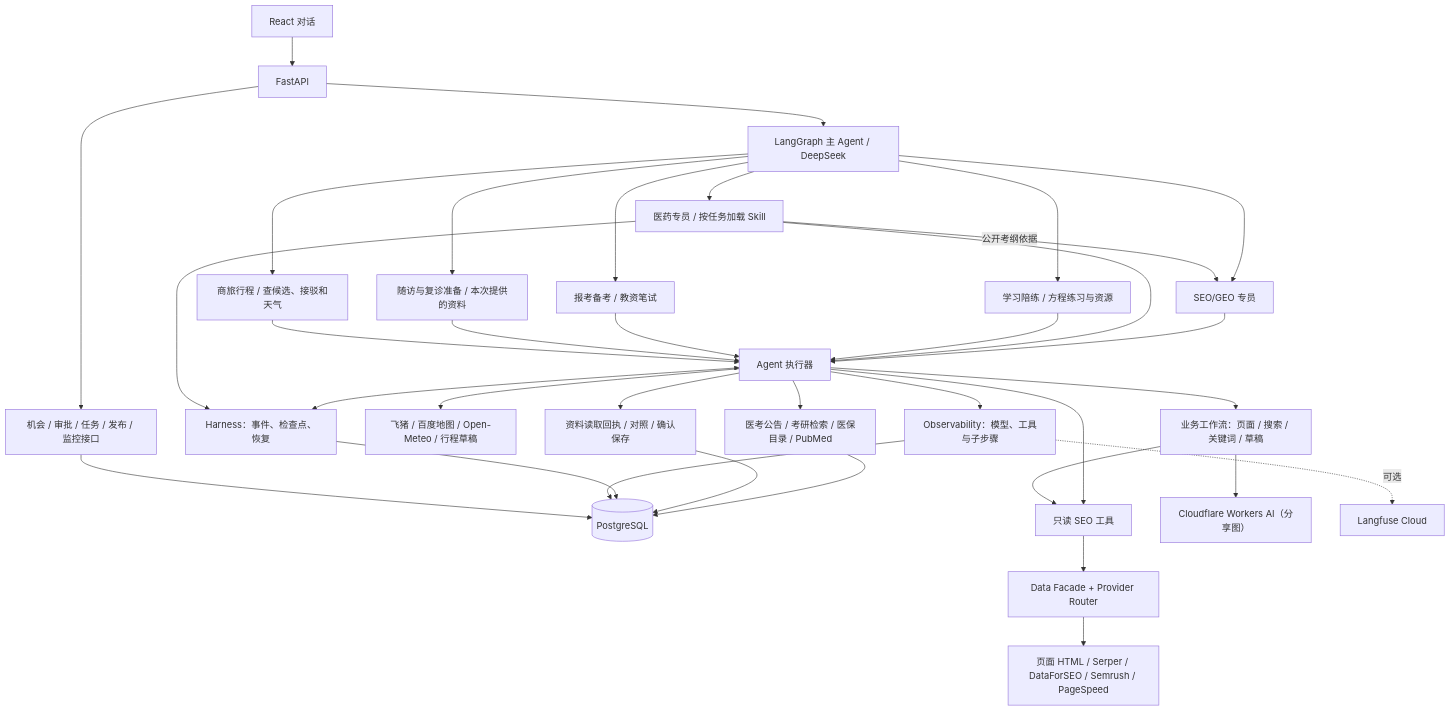
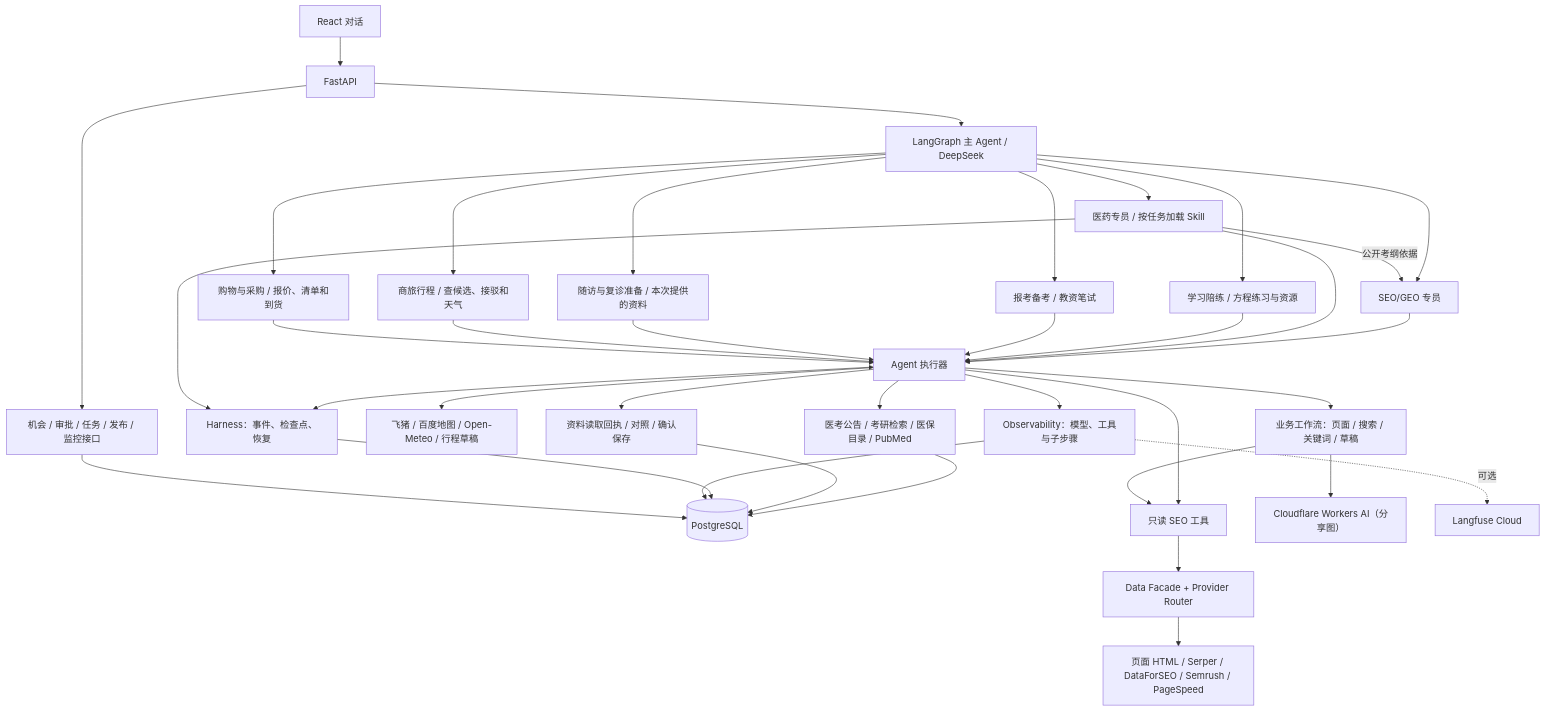
One commit to cheng-sir-0038/seo-diagnosis-agent changed the second of 3 diagrams in README.md. Above: the diagram before and after it, drawn with Mermaid. The commit also changed other lines of this file and 22 other files, not shown here.

````diff
--- a/README.md
+++ b/README.md
@@ -62,37 +63,39 @@
 ```mermaid
 flowchart TB
     UI["React 对话"] --> API["FastAPI"]
     API --> MAIN["LangGraph 主 Agent / DeepSeek"]
     MAIN --> MED["医药专员 / 按任务加载 Skill"]
     MAIN --> SEO["SEO/GEO 专员"]
     MAIN --> LEARN["学习陪练 / 方程练习与资源"]
     MAIN --> EXAM["报考备考 / 教资笔试"]
     MAIN --> VISIT["随访与复诊准备 / 本次提供的资料"]
     MAIN --> TRAVEL["商旅行程 / 查候选、接驳和天气"]
+    MAIN --> PROCUREMENT["购物与采购 / 报价、清单和到货"]
     MED -->|公开考纲依据| SEO
     SEO --> EXEC["Agent 执行器"]
     MED --> EXEC
     LEARN --> EXEC
     EXAM --> EXEC
     VISIT --> EXEC
     TRAVEL --> EXEC
+    PROCUREMENT --> EXEC
     EXEC --> HEALTH["医考公告 / 考研检索 / 医保目录 / PubMed"]
     HEALTH --> RUNDB
     EXEC --> FOLLOWUP["资料读取回执 / 对照 / 确认保存"]
     FOLLOWUP --> RUNDB
     EXEC --> TRIP["飞猪 / 百度地图 / Open-Meteo / 行程草稿"]
     EXEC --> WF["业务工作流：页面 / 搜索 / 关键词 / 草稿"]
     EXEC --> TOOL["只读 SEO 工具"]
     WF --> TOOL
     WF --> CF["Cloudflare Workers AI（分享图）"]
     TOOL --> DATA["Data Facade + Provider Router"]
     DATA --> EXT["页面 HTML / Serper / DataForSEO / Semrush / PageSpeed"]
     EXEC <--> HARNESS["Harness：事件、检查点、恢复"]
     MED --> HARNESS
     HARNESS --> RUNDB[("PostgreSQL")]
     EXEC --> OBS["Observability：模型、工具与子步骤"]
     OBS --> RUNDB
     OBS -.->|可选| LF["Langfuse Cloud"]
     API --> BIZ["机会 / 审批 / 任务 / 发布 / 监控接口"]
     BIZ --> RUNDB
 ```
````
